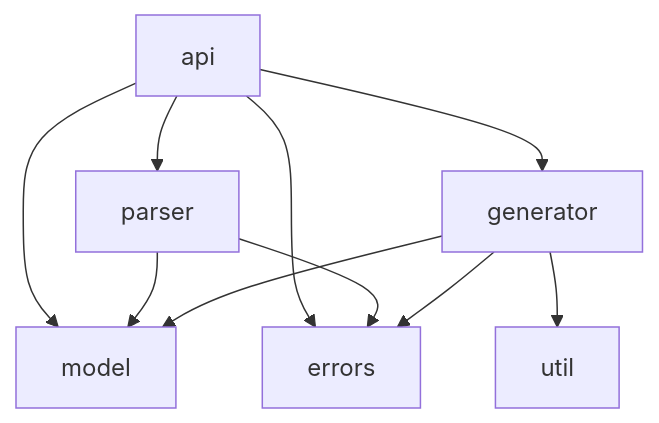
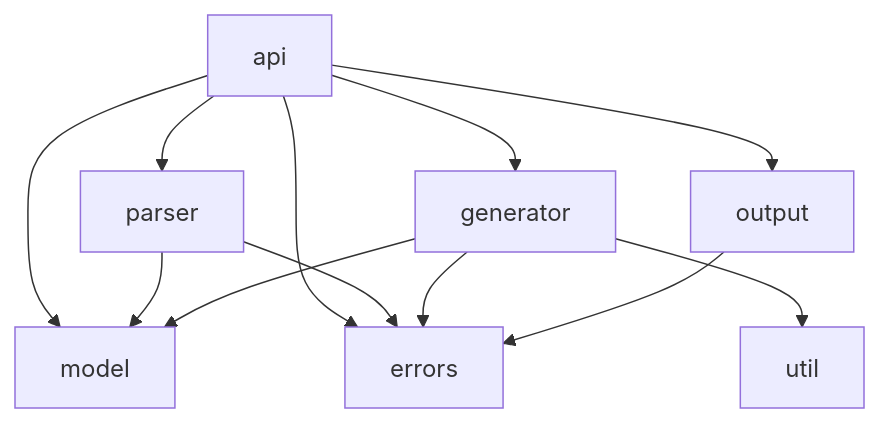
The second of 2 diagrams in docs/architecture.md (gjuton/gjuton), drawn with Mermaid before and after one commit. The commit also changed other lines of this file and 6 other files, not shown here.

First line of the commit message:
refactor: split SchemaParser (#186)

````diff
--- a/docs/architecture.md
+++ b/docs/architecture.md
@@ -84,12 +87,14 @@
 ```mermaid
 graph TD
     api --> parser
     api --> generator
+    api --> output
     api --> model
     api --> errors
     parser --> model
     parser --> errors
     generator --> model
     generator --> util
     generator --> errors
+    output --> errors
 ```
````
